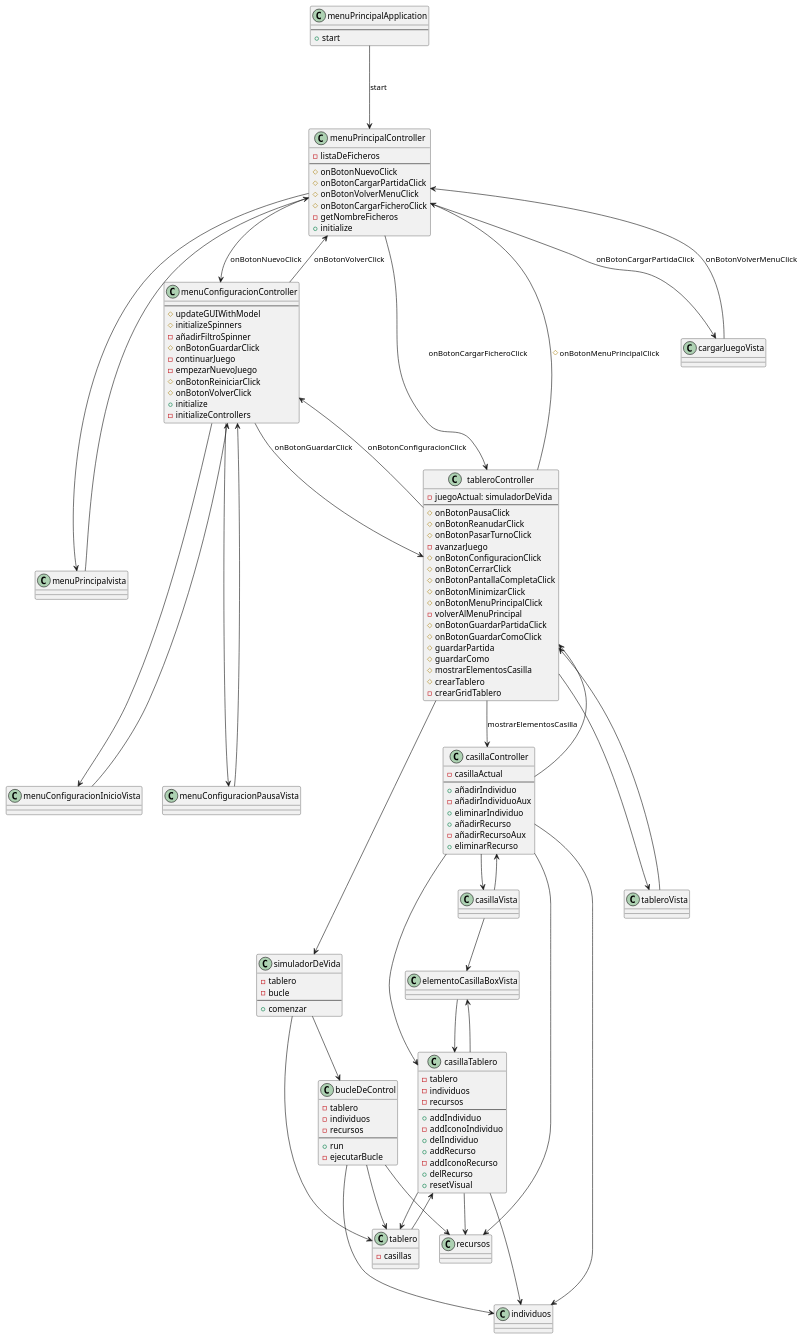
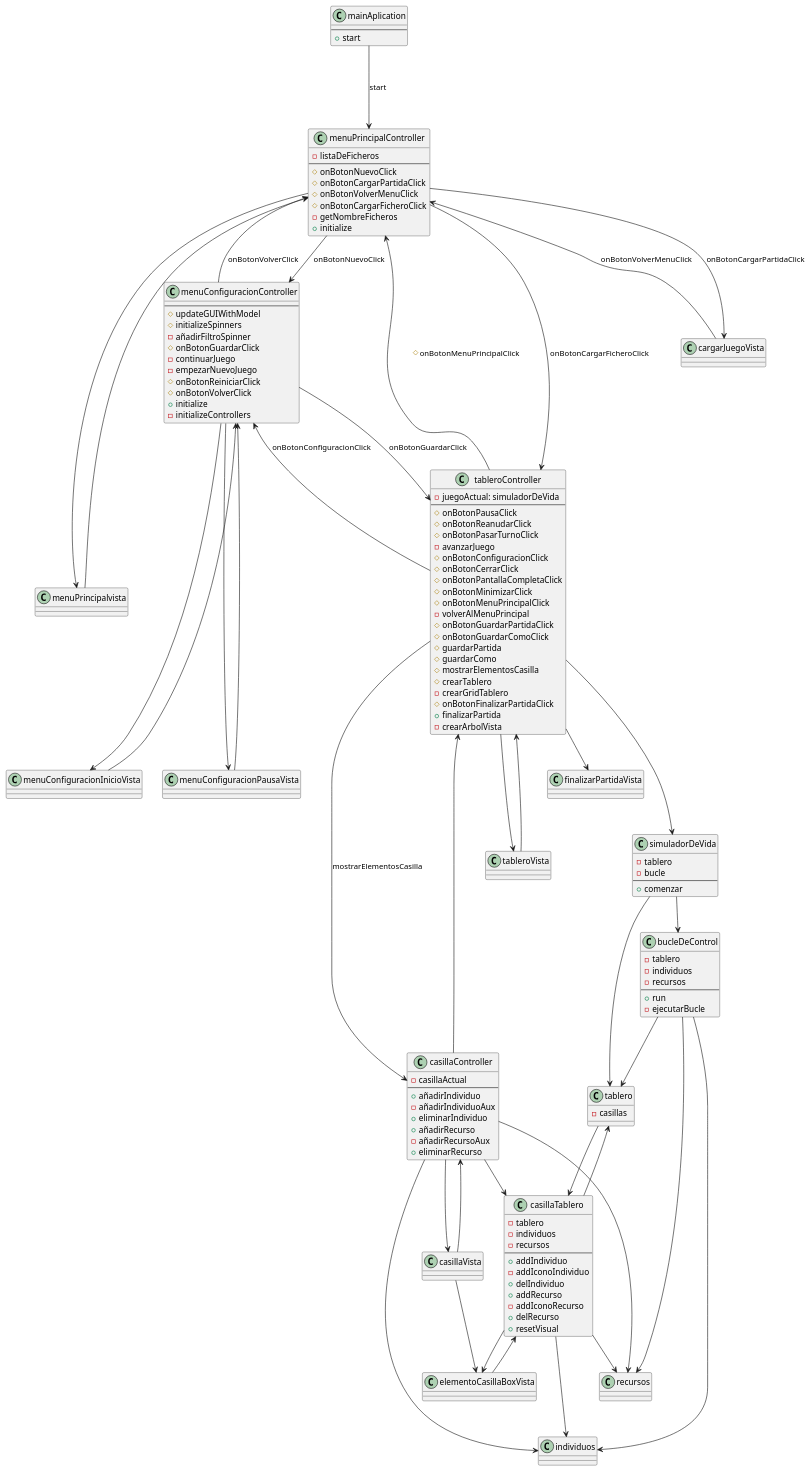
Before and after one commit to jeivees/PracticaFinal: the diagram in UML/UML.puml, drawn with PlantUML. The commit also changed 3 other files, not shown here.

Commit message:
UML actualizado

```diff
--- a/UML/UML.puml
+++ b/UML/UML.puml
@@ -1,139 +1,143 @@
 @startuml
 'https://plantuml.com/use-case-diagram
 
-class menuPrincipalApplication {
+class mainAplication {
 --
 +start
 }
 class menuPrincipalController{
 -listaDeFicheros
 --
 # onBotonNuevoClick
 # onBotonCargarPartidaClick
 # onBotonVolverMenuClick
 # onBotonCargarFicheroClick
 - getNombreFicheros
 + initialize
 }
 class menuPrincipalvista{}
 class simuladorDeVida{}
 class menuConfiguracionController{
 --
 #updateGUIWithModel
 #initializeSpinners
 -añadirFiltroSpinner
 #onBotonGuardarClick
 -continuarJuego
 -empezarNuevoJuego
 #onBotonReiniciarClick
 #onBotonVolverClick
 +initialize
 -initializeControllers
 }
 class menuConfiguracionInicioVista{}
 class menuConfiguracionPausaVista{}
 class tableroController{
 - juegoActual: simuladorDeVida
 --
 # onBotonPausaClick
 # onBotonReanudarClick
 # onBotonPasarTurnoClick
 -avanzarJuego
 # onBotonConfiguracionClick
 #onBotonCerrarClick
 #onBotonPantallaCompletaClick
 #onBotonMinimizarClick
 #onBotonMenuPrincipalClick
 -volverAlMenuPrincipal
 #onBotonGuardarPartidaClick
 #onBotonGuardarComoClick
 #guardarPartida
 #guardarComo
 #mostrarElementosCasilla
 #crearTablero
 -crearGridTablero
+#onBotonFinalizarPartidaClick
++finalizarPartida
+-crearArbolVista
 }
 class tableroVista{}
 class casillaController{
 - casillaActual
 --
 +añadirIndividuo
 -añadirIndividuoAux
 +eliminarIndividuo
 +añadirRecurso
 -añadirRecursoAux
 +eliminarRecurso
 }
 class casillaVista{}
 class simuladorDeVida{
 -tablero
 -bucle
 --
 +comenzar
 }
 class tablero{
 -casillas
 }
 class bucleDeControl{
 -tablero
 -individuos
 -recursos
 --
 +run
 -ejecutarBucle
 }
 class casillaTablero{
 -tablero
 -individuos
 -recursos
 --
 +addIndividuo
 -addIconoIndividuo
 +delIndividuo
 +addRecurso
 -addIconoRecurso
 +delRecurso
 +resetVisual
 }
 class individuos{}
 class recursos{}
 class cargarJuegoVista{}
 class elementoCasillaBoxVista{}
 menuPrincipalController-->cargarJuegoVista :onBotonCargarPartidaClick
 cargarJuegoVista-->menuPrincipalController: onBotonVolverMenuClick
-menuPrincipalApplication--->menuPrincipalController :start
+mainAplication--->menuPrincipalController :start
 menuPrincipalController-->menuConfiguracionController :onBotonNuevoClick
 menuPrincipalController ---> menuPrincipalvista
 menuPrincipalvista--->menuPrincipalController
 menuConfiguracionInicioVista---> menuConfiguracionController
 menuConfiguracionController-->menuConfiguracionInicioVista
 menuConfiguracionController-->menuConfiguracionPausaVista
 menuConfiguracionPausaVista--->menuConfiguracionController
 tableroController--->simuladorDeVida
 tableroVista--->tableroController
 tableroController-->tableroVista
 casillaController-->casillaVista
 casillaVista-->casillaController
 simuladorDeVida-->tablero
 simuladorDeVida-->bucleDeControl
 bucleDeControl-->tablero
 tablero-->casillaTablero
 casillaTablero-->tablero
 casillaTablero--->individuos
 casillaTablero-->recursos
 menuConfiguracionController-->tableroController :onBotonGuardarClick
 tableroController-->menuConfiguracionController: onBotonConfiguracionClick
 tableroController-->casillaController :mostrarElementosCasilla
 casillaController-->tableroController
 casillaTablero-->elementoCasillaBoxVista
 elementoCasillaBoxVista-->casillaTablero
 casillaVista-->elementoCasillaBoxVista
 menuPrincipalController--> tableroController : onBotonCargarFicheroClick
 menuConfiguracionController-->menuPrincipalController: onBotonVolverClick
 tableroController-->menuPrincipalController: #onBotonMenuPrincipalClick
 casillaController-->casillaTablero
 casillaController-->individuos
 casillaController-->recursos
 bucleDeControl-->individuos
 bucleDeControl-->recursos
+tableroController-->finalizarPartidaVista
 @enduml
```
